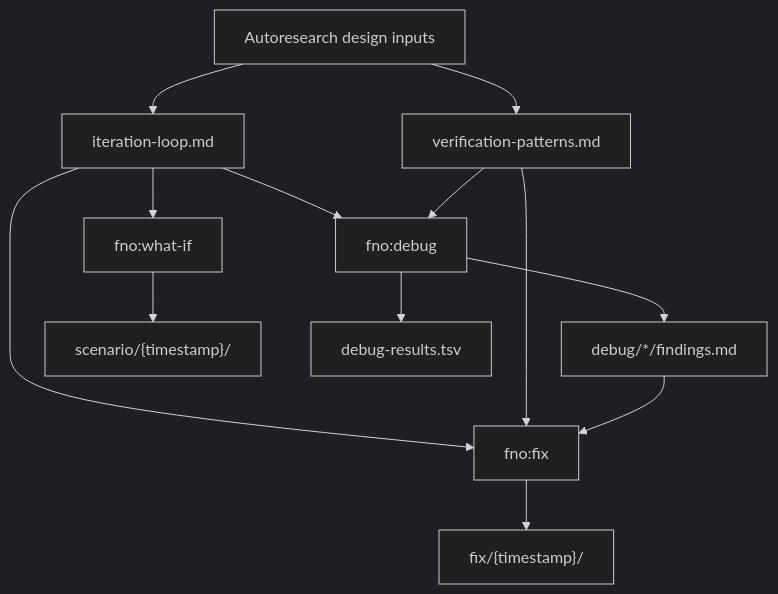
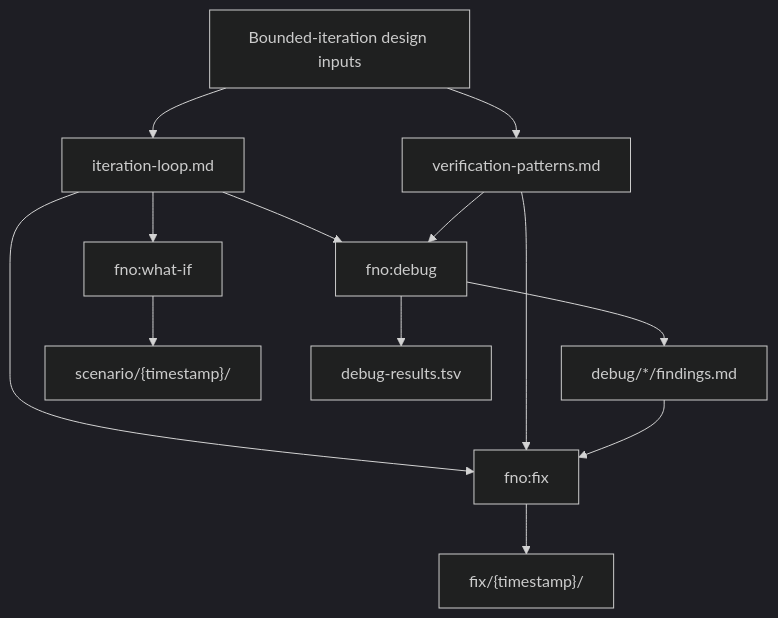
One commit to bllshttng/footnote changed the diagram in docs/architecture/autoresearch-incorporation.md. Above: the diagram before and after it, drawn with Mermaid (dark theme). The commit also changed other lines of this file and 52 other files, not shown here.

````diff
--- a/docs/architecture/autoresearch-incorporation.md
+++ b/docs/architecture/autoresearch-incorporation.md
@@ -14,18 +14,18 @@
 ```mermaid
 graph TD
-    AR["Autoresearch design inputs"] --> LOOP["iteration-loop.md"]
+    AR["Bounded-iteration design inputs"] --> LOOP["iteration-loop.md"]
     AR --> VERIFY["verification-patterns.md"]
 
     LOOP --> WHATIF["fno:what-if"]
     LOOP --> FIX["fno:fix"]
     LOOP --> DEBUG["fno:debug"]
     VERIFY --> FIX
     VERIFY --> DEBUG
 
     DEBUG --> FINDINGS["debug/*/findings.md"]
     FINDINGS --> FIX
 
     WHATIF --> SCENARIO["scenario/{timestamp}/"]
     FIX --> FIXOUT["fix/{timestamp}/"]
     DEBUG --> DEBUGOUT["debug-results.tsv"]
 ```
````
